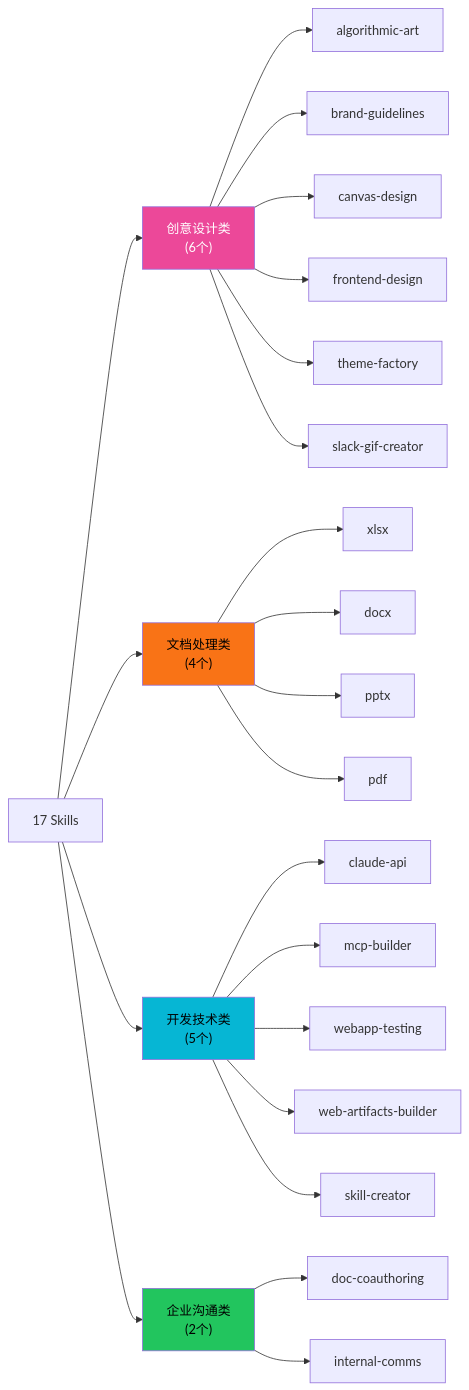
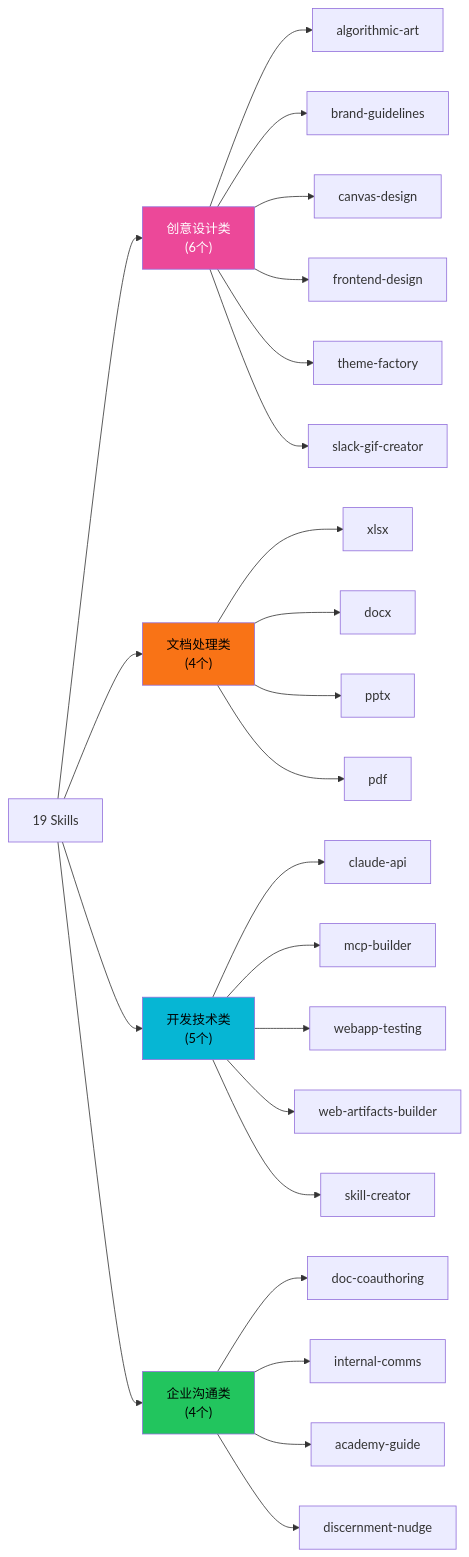
Before and after one commit to awesome-flexloop/awesome-okf: the fourth of 6 diagrams in doc/bundles/jishu/ai/frameworks/ai-agent/anthropics-skills/concepts/skill-packaging.md, drawn with Mermaid. The commit also changed other lines of this file and 22 other files, not shown here.

````diff
--- a/doc/bundles/jishu/ai/frameworks/ai-agent/anthropics-skills/concepts/skill-packaging.md
+++ b/doc/bundles/jishu/ai/frameworks/ai-agent/anthropics-skills/concepts/skill-packaging.md
@@ -194,33 +194,35 @@
 ```mermaid
 graph LR
-    ALL["17 Skills"] --> CREATIVE["创意设计类<br/>(6个)"]
+    ALL["19 Skills"] --> CREATIVE["创意设计类<br/>(6个)"]
     ALL --> DOCS["文档处理类<br/>(4个)"]
     ALL --> DEV["开发技术类<br/>(5个)"]
-    ALL --> COMM["企业沟通类<br/>(2个)"]
+    ALL --> COMM["企业沟通类<br/>(4个)"]
 
     CREATIVE --> C1["algorithmic-art"]
     CREATIVE --> C2["brand-guidelines"]
     CREATIVE --> C3["canvas-design"]
     CREATIVE --> C4["frontend-design"]
     CREATIVE --> C5["theme-factory"]
     CREATIVE --> C6["slack-gif-creator"]
 
     DOCS --> D1["xlsx"]
     DOCS --> D2["docx"]
     DOCS --> D3["pptx"]
     DOCS --> D4["pdf"]
 
     DEV --> E1["claude-api"]
     DEV --> E2["mcp-builder"]
     DEV --> E3["webapp-testing"]
     DEV --> E4["web-artifacts-builder"]
     DEV --> E5["skill-creator"]
 
     COMM --> M1["doc-coauthoring"]
     COMM --> M2["internal-comms"]
+    COMM --> M3["academy-guide"]
+    COMM --> M4["discernment-nudge"]
 
     style CREATIVE fill:#ec4899,color:#fff
     style DOCS fill:#f97316,color:#000
     style DEV fill:#06b6d4,color:#000
     style COMM fill:#22c55e,color:#000
 ```
````
